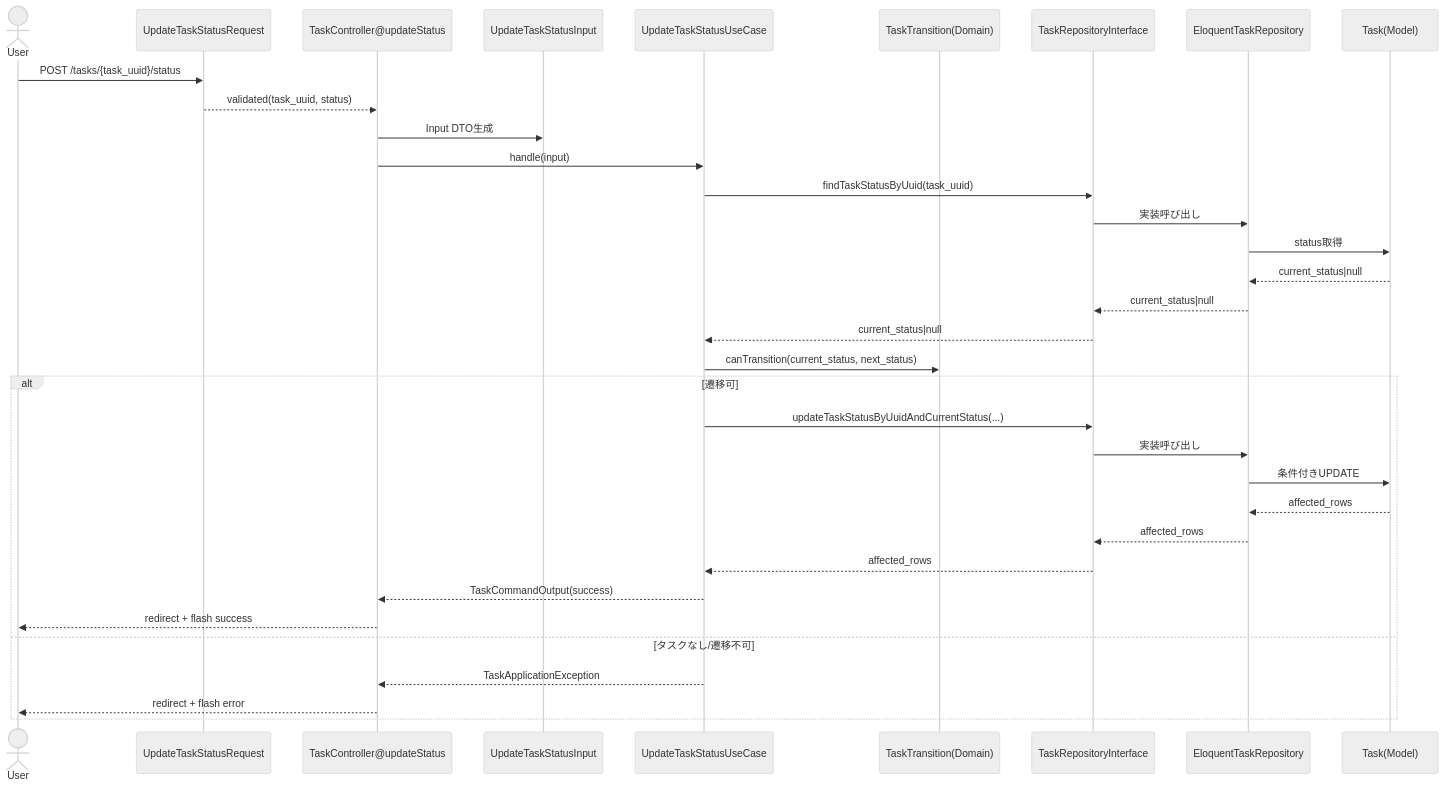
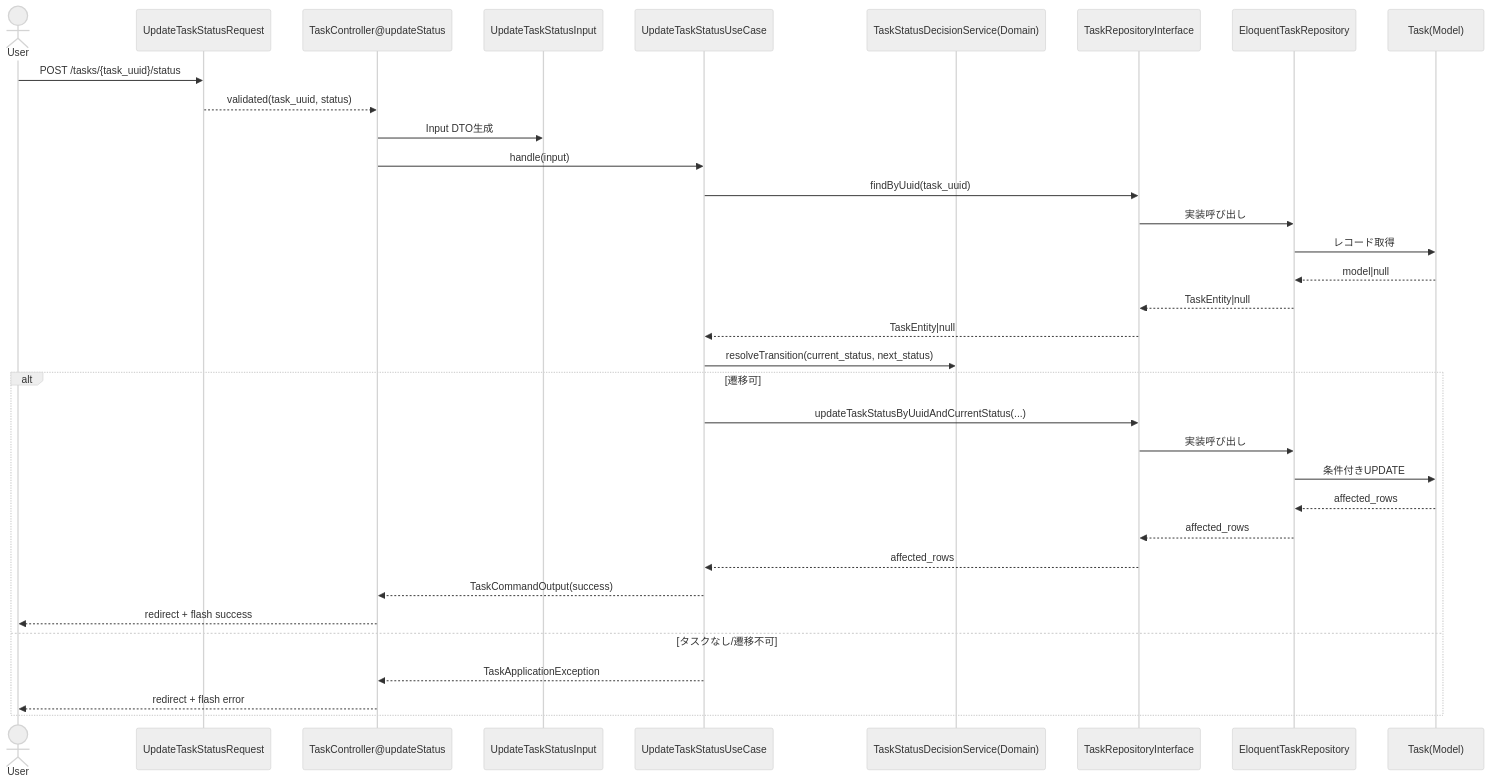
Before and after one commit to pasgroup/laravel-playground: the fourth of 5 diagrams in docs/task-usecase-data-flow.md, drawn with Mermaid (neutral theme). The commit also changed other lines of this file and 56 other files, not shown here.

````diff
--- a/docs/task-usecase-data-flow.md
+++ b/docs/task-usecase-data-flow.md
@@ -96,37 +104,37 @@
 ```mermaid
 sequenceDiagram
     actor U as User
     participant Req as UpdateTaskStatusRequest
     participant C as TaskController@updateStatus
     participant D as UpdateTaskStatusInput
     participant UU as UpdateTaskStatusUseCase
-    participant TT as TaskTransition(Domain)
+    participant DS as TaskStatusDecisionService(Domain)
     participant Repo as TaskRepositoryInterface
     participant ER as EloquentTaskRepository
     participant T as Task(Model)
 
     U->>Req: POST /tasks/{task_uuid}/status
     Req-->>C: validated(task_uuid, status)
     C->>D: Input DTO生成
     C->>UU: handle(input)
-    UU->>Repo: findTaskStatusByUuid(task_uuid)
+    UU->>Repo: findByUuid(task_uuid)
     Repo->>ER: 実装呼び出し
-    ER->>T: status取得
-    T-->>ER: current_status|null
-    ER-->>Repo: current_status|null
-    Repo-->>UU: current_status|null
-    UU->>TT: canTransition(current_status, next_status)
+    ER->>T: レコード取得
+    T-->>ER: model|null
+    ER-->>Repo: TaskEntity|null
+    Repo-->>UU: TaskEntity|null
+    UU->>DS: resolveTransition(current_status, next_status)
     alt 遷移可
         UU->>Repo: updateTaskStatusByUuidAndCurrentStatus(...)
         Repo->>ER: 実装呼び出し
         ER->>T: 条件付きUPDATE
         T-->>ER: affected_rows
         ER-->>Repo: affected_rows
         Repo-->>UU: affected_rows
         UU-->>C: TaskCommandOutput(success)
         C-->>U: redirect + flash success
     else タスクなし/遷移不可
         UU-->>C: TaskApplicationException
         C-->>U: redirect + flash error
     end
 ```
````
